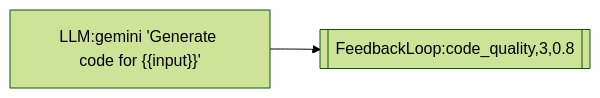
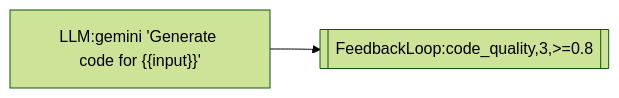
Before and after one commit to jeong-sik/llm-mcp: the seventh of 15 diagrams in CLAUDE.md, drawn with Mermaid (forest theme). The commit also changed other lines of this file and 4 other files, not shown here.

````diff
--- a/CLAUDE.md
+++ b/CLAUDE.md
@@ -260,6 +266,6 @@
 ```mermaid
 graph LR
     gen["LLM:gemini 'Generate code for {{input}}'"]
-    loop[["FeedbackLoop:code_quality,3,0.8"]]
+    loop[["FeedbackLoop:code_quality,3,>=0.8"]]
     gen --> loop
 ```
````
